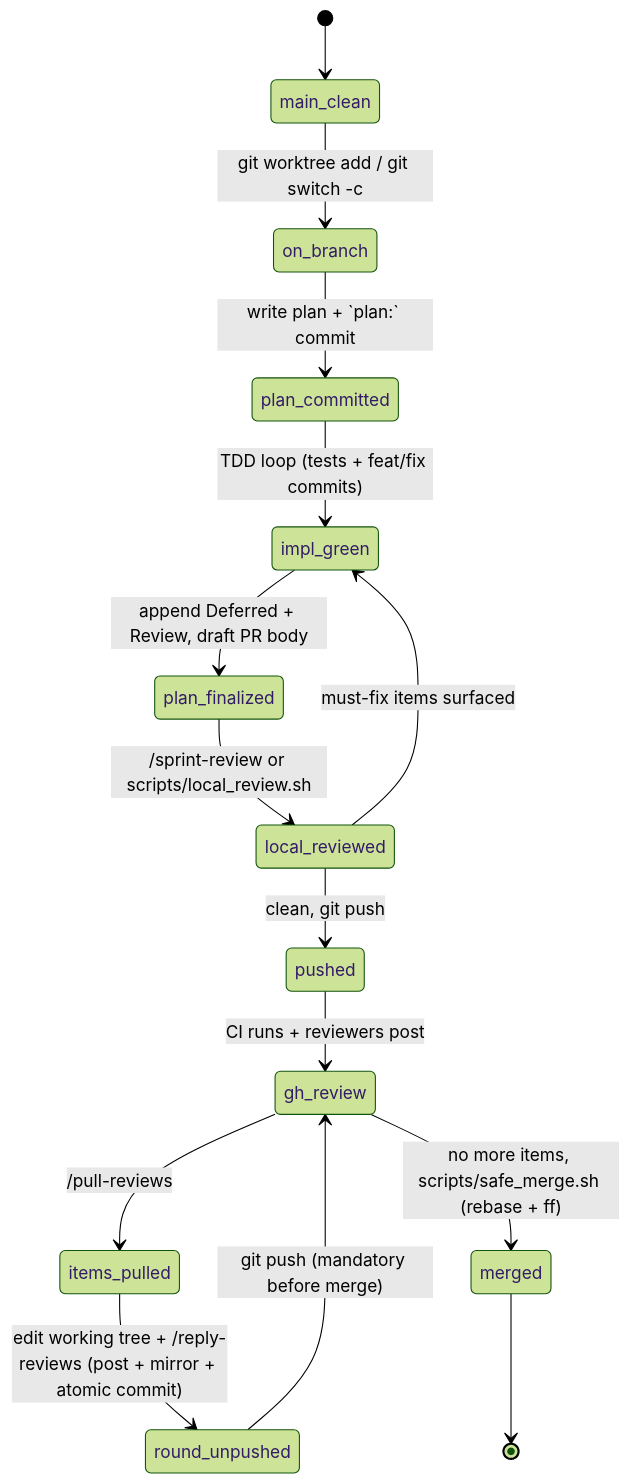
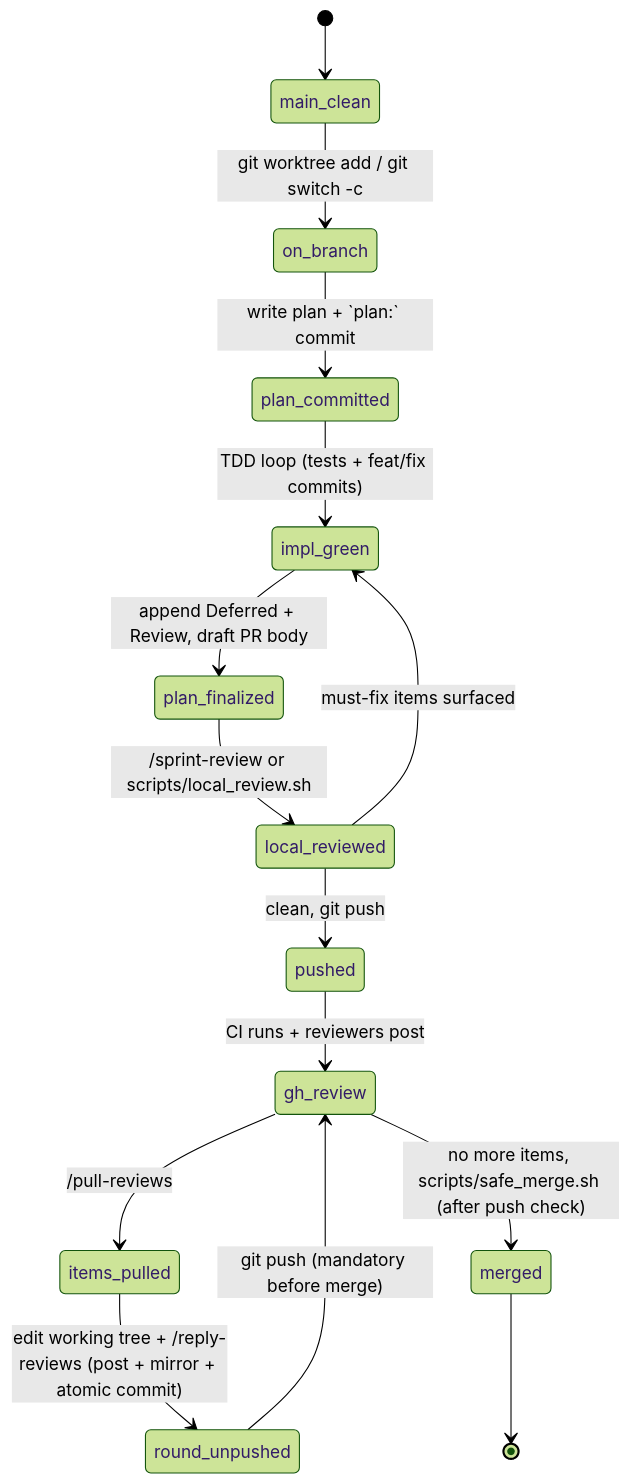
Before and after one commit to cmk/template-rust: the first of 2 diagrams in doc/workflow.md, drawn with Mermaid (forest theme). The commit also changed 3 other files, not shown here.

````diff
--- a/doc/workflow.md
+++ b/doc/workflow.md
@@ -18,17 +18,17 @@
 ```mermaid
 stateDiagram-v2
     [*] --> main_clean
     main_clean --> on_branch: git worktree add / git switch -c
     on_branch --> plan_committed: write plan + `plan:` commit
     plan_committed --> impl_green: TDD loop (tests + feat/fix commits)
     impl_green --> plan_finalized: append Deferred + Review, draft PR body
     plan_finalized --> local_reviewed: /sprint-review or scripts/local_review.sh
     local_reviewed --> impl_green: must-fix items surfaced
     local_reviewed --> pushed: clean, git push
     pushed --> gh_review: CI runs + reviewers post
     gh_review --> items_pulled: /pull-reviews
     items_pulled --> round_unpushed: edit working tree + /reply-reviews (post + mirror + atomic commit)
     round_unpushed --> gh_review: git push (mandatory before merge)
-    gh_review --> merged: no more items, scripts/safe_merge.sh (rebase + ff)
+    gh_review --> merged: no more items, scripts/safe_merge.sh (after push check)
     merged --> [*]
 ```
````
